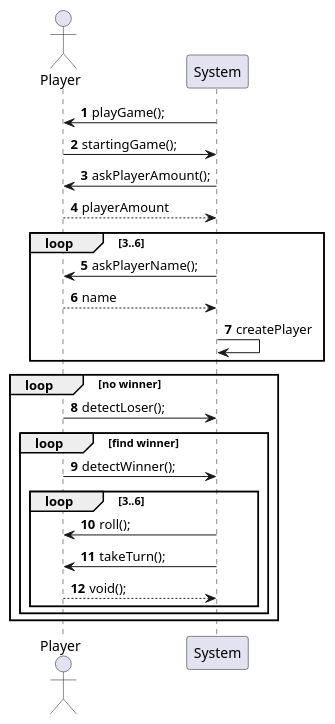
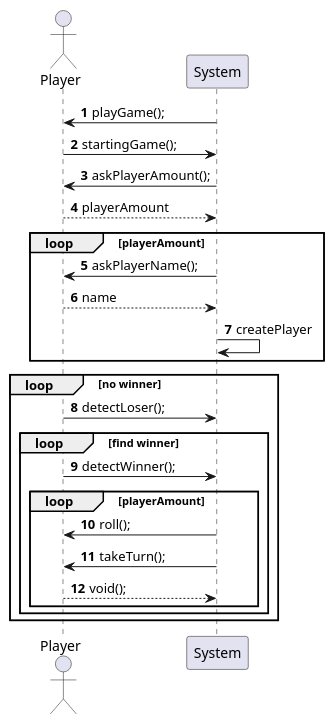
Before and after one commit to christianhyltoft/GAMEassignment: the diagram in UML/SequenceDiagram.puml, drawn with PlantUML.

Commit message:
update SequenceDiagram

```diff
--- a/UML/SequenceDiagram.puml
+++ b/UML/SequenceDiagram.puml
@@ -1,38 +1,38 @@
 @startuml
 'https://plantuml.com/sequence-diagram
 
 autonumber
 
 actor Player
 System -> Player: playGame();
 System <- Player: startingGame();
 System -> Player: askPlayerAmount();
 Player --> System: playerAmount
 
 
-loop 3..6
+loop playerAmount
 System -> Player : askPlayerName();
 Player --> System: name
 System -> System: createPlayer
 end
 
 
 loop no winner
 Player -> System: detectLoser();
 
 
 loop find winner
 Player -> System: detectWinner();
 
 
-loop  3..6
+loop  playerAmount
 System -> Player: roll();
 System -> Player: takeTurn();
 Player --> System: void();
 
 
 end
 end
 end
 
 @enduml
```
